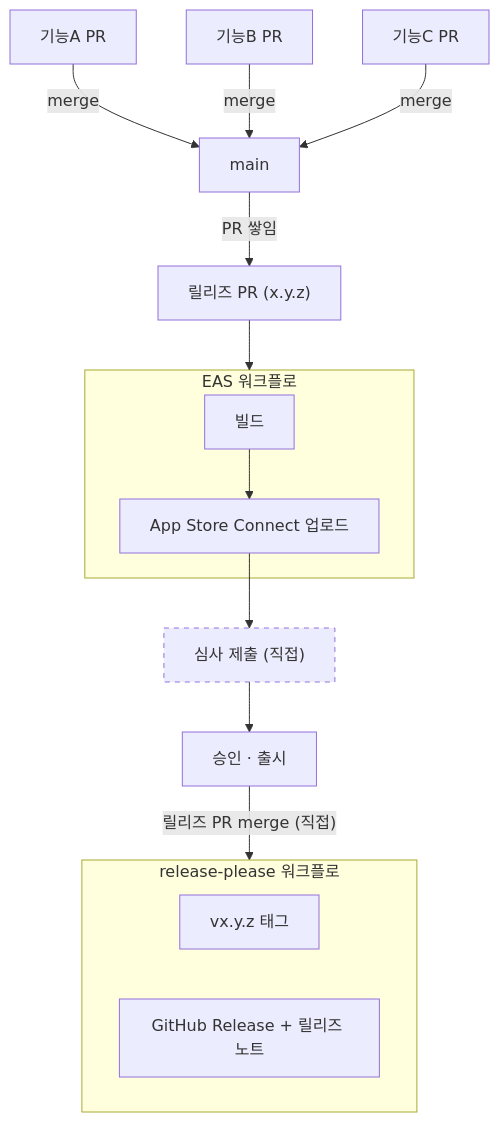
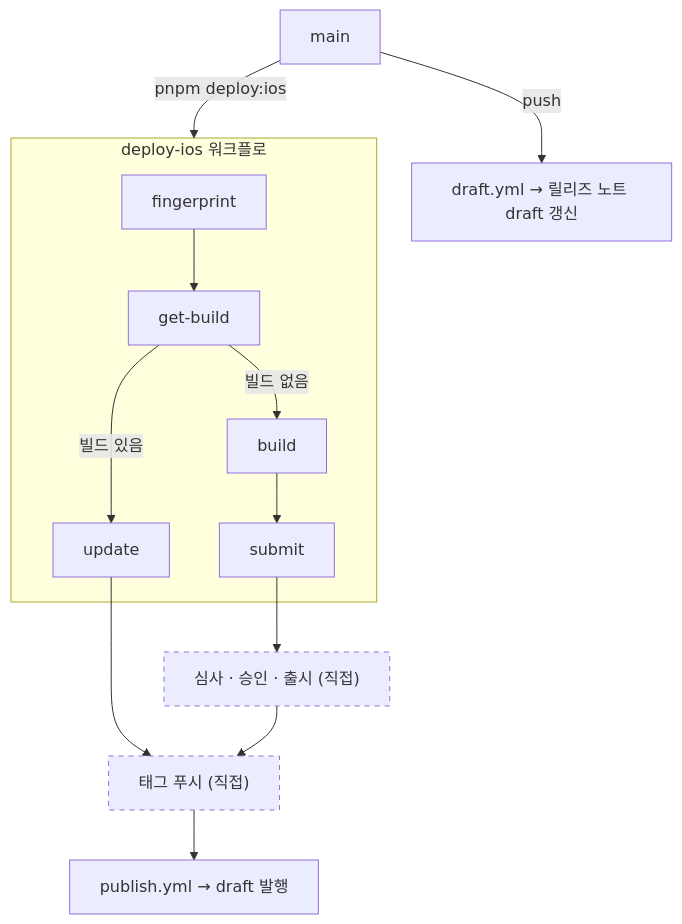
Before and after one commit to Bori-github/tadaktadak: the diagram in .claude/docs/release-flow.md, drawn with Mermaid. The commit also changed other lines of this file and 15 other files, not shown here.

````diff
--- a/.claude/docs/release-flow.md
+++ b/.claude/docs/release-flow.md
@@ -7,23 +7,18 @@
 ```mermaid
 flowchart TD
-    F1["기능A PR"] -->|merge| M["main"]
-    F2["기능B PR"] -->|merge| M
-    F3["기능C PR"] -->|merge| M
-    M -->|PR 쌓임| R["릴리즈 PR (x.y.z)"]
-    R --> E
+    M["main"] -->|push| D["draft.yml → 릴리즈 노트 draft 갱신"]
+    M -->|"pnpm deploy:ios"| E
 
-    subgraph E["EAS 워크플로"]
-        B["빌드"] --> U["App Store Connect 업로드"]
+    subgraph E["deploy-ios 워크플로"]
+        F["fingerprint"] --> G["get-build"]
+        G -->|"빌드 있음"| U["update"]
+        G -->|"빌드 없음"| B["build"] --> S["submit"]
     end
 
-    U --> S["심사 제출 (직접)"]
-    S --> D["승인 · 출시"]
-    D -->|"릴리즈 PR merge (직접)"| W
+    U --> T["태그 푸시 (직접)"]
+    S --> R["심사 · 승인 · 출시 (직접)"] --> T
+    T --> P["publish.yml → draft 발행"]
 
-    subgraph W["release-please 워크플로"]
-        T["vx.y.z 태그"]
-        N["GitHub Release + 릴리즈 노트"]
-    end
-
-    style S stroke-dasharray: 5 5
+    style T stroke-dasharray: 5 5
+    style R stroke-dasharray: 5 5
 ```
````
